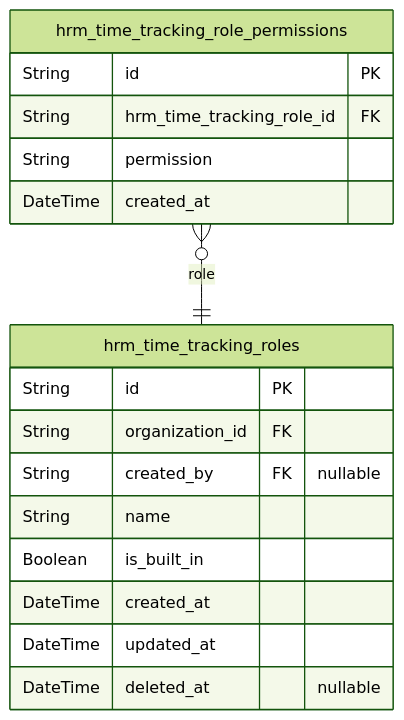
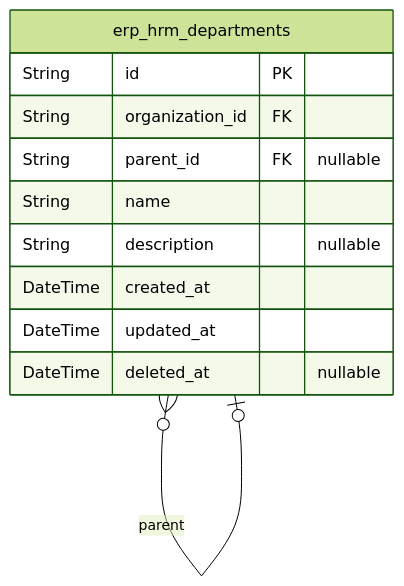
The fourth of 10 diagrams in z-ai/glm-5/erp/docs/ERD.md (wrtnlabs/autobe-examples), drawn with Mermaid (forest theme) before and after one commit. The commit also changed other lines of this file and 3761 other files, not shown here.

````diff
--- a/z-ai/glm-5/erp/docs/ERD.md
+++ b/z-ai/glm-5/erp/docs/ERD.md
@@ -304,20 +487,14 @@
 ```mermaid
 erDiagram
-"hrm_time_tracking_roles" {
+"erp_hrm_departments" {
   String id PK
   String organization_id FK
-  String created_by FK "nullable"
+  String parent_id FK "nullable"
   String name
-  Boolean is_built_in
+  String description "nullable"
   DateTime created_at
   DateTime updated_at
   DateTime deleted_at "nullable"
 }
-"hrm_time_tracking_role_permissions" {
-  String id PK
-  String hrm_time_tracking_role_id FK
-  String permission
-  DateTime created_at
-}
-"hrm_time_tracking_role_permissions" }o--|| "hrm_time_tracking_roles" : role
+"erp_hrm_departments" }o--o| "erp_hrm_departments" : parent
 ```
````
